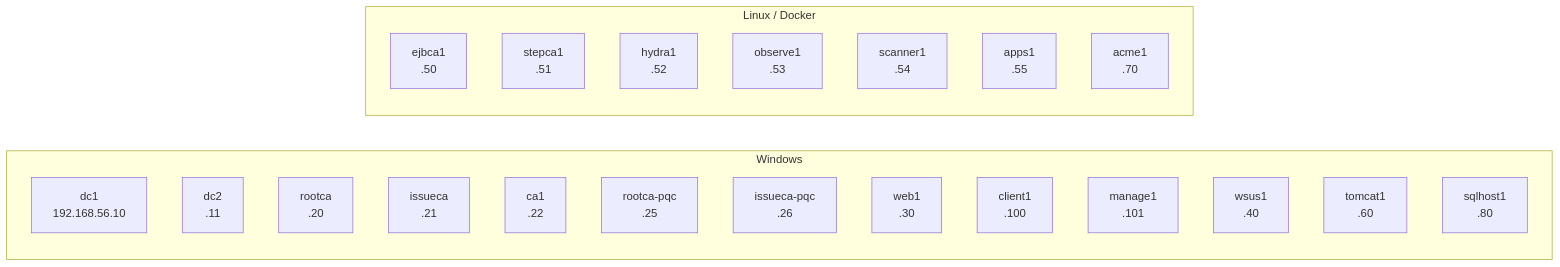
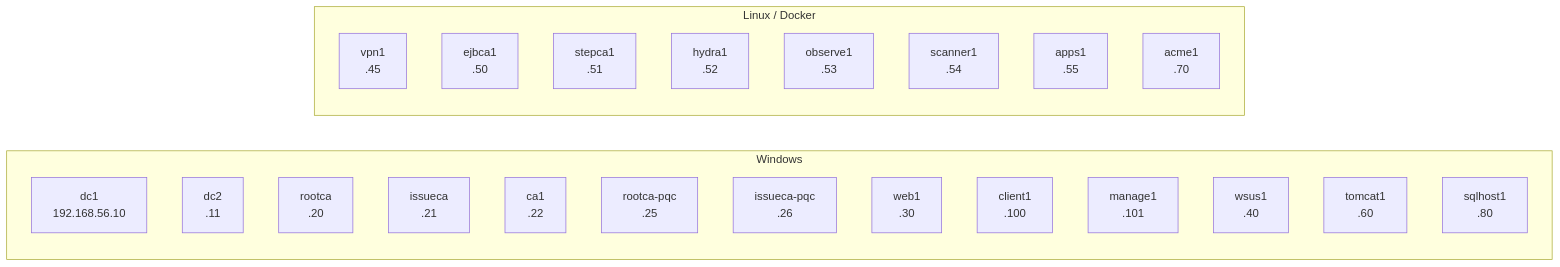
One commit to zakrodriguez/straylight changed the third of 6 diagrams in ARCHITECTURE.md. Above: the diagram before and after it, drawn with Mermaid. The commit also changed other lines of this file and 22 other files, not shown here.

````diff
--- a/ARCHITECTURE.md
+++ b/ARCHITECTURE.md
@@ -90,28 +91,29 @@
 ```mermaid
 flowchart LR
     subgraph "Windows"
       DC1[dc1<br/>192.168.56.10]
       DC2[dc2<br/>.11]
       ROOTCA[rootca<br/>.20]
       ISSUECA[issueca<br/>.21]
       CA1[ca1<br/>.22]
       ROOTCAPQC[rootca-pqc<br/>.25]
       ISSUECAPQC[issueca-pqc<br/>.26]
       WEB1[web1<br/>.30]
       CLIENT1[client1<br/>.100]
       MANAGE1[manage1<br/>.101]
       WSUS1[wsus1<br/>.40]
       TOMCAT1[tomcat1<br/>.60]
       SQLHOST1[sqlhost1<br/>.80]
     end
 
     subgraph "Linux / Docker"
+      VPN1[vpn1<br/>.45]
       EJBCA1[ejbca1<br/>.50]
       STEPCA1[stepca1<br/>.51]
       HYDRA1[hydra1<br/>.52]
       OBSERVE1[observe1<br/>.53]
       SCANNER1[scanner1<br/>.54]
       APPS1[apps1<br/>.55]
       ACME1[acme1<br/>.70]
     end
 ```
````
